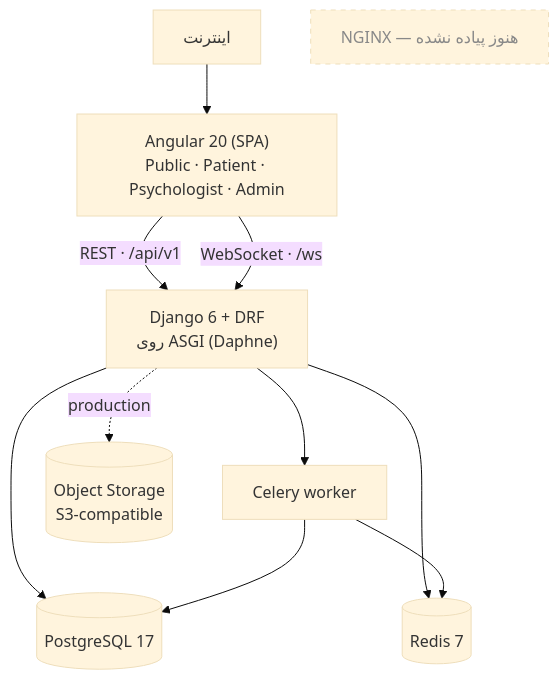
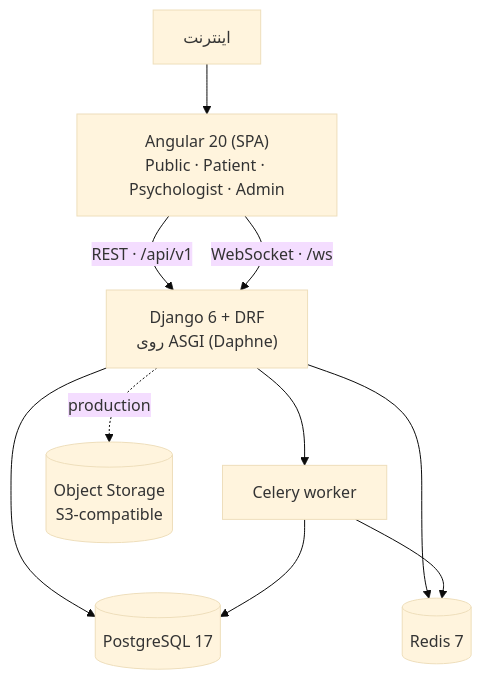
The first of 8 diagrams in documentation/02-architecture.md (elmkhah/rorschach), drawn with Mermaid (base theme) before and after one commit. The commit also changed other lines of this file and 43 other files, not shown here.

````diff
--- a/documentation/02-architecture.md
+++ b/documentation/02-architecture.md
@@ -32,15 +26,14 @@
 ```mermaid
 flowchart TD
     I["اینترنت"] --> A["Angular 20 (SPA)<br/>Public · Patient · Psychologist · Admin"]
     A -->|"REST · /api/v1"| D
     A -->|"WebSocket · /ws"| D
     D["Django 6 + DRF<br/>روی ASGI (Daphne)"]
     D --> PG[("PostgreSQL 17")]
     D --> R[("Redis 7")]
     D --> CEL["Celery worker"]
     CEL --> R
     CEL --> PG
     D -.->|production| OS[("Object Storage<br/>S3-compatible")]
-    NG["NGINX — هنوز پیاده نشده"]:::todo
     classDef todo stroke-dasharray: 5 5,color:#888
 ```
````
